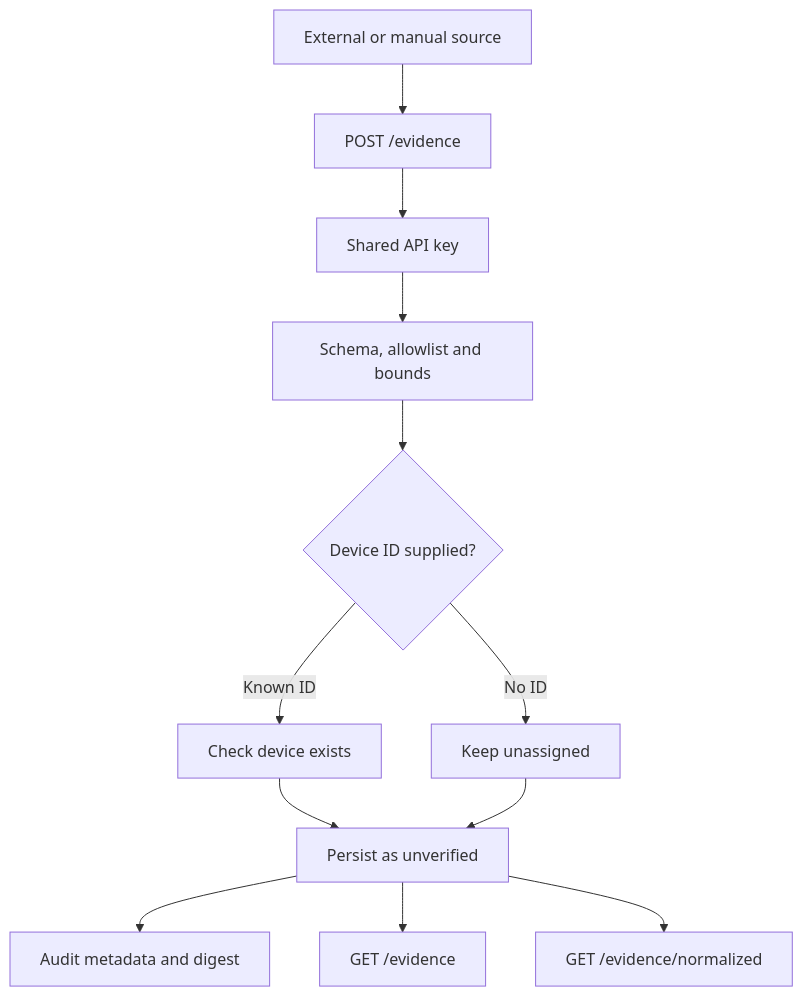
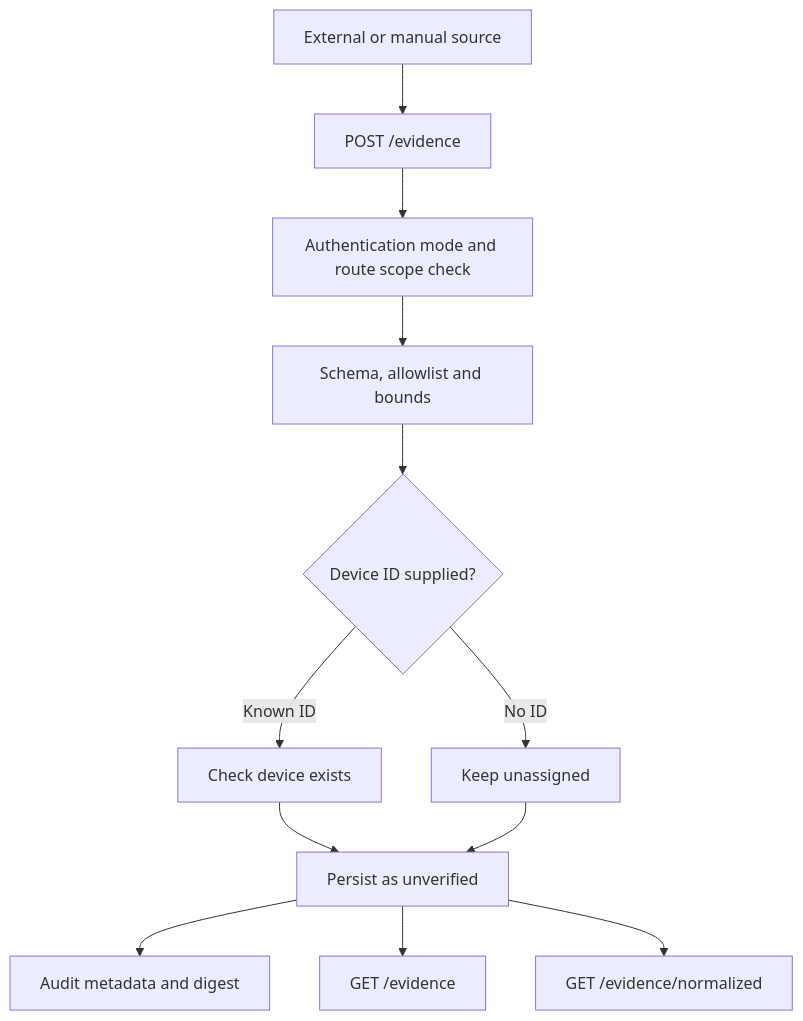
Before and after one commit to silvatechf/DeviceTrust: the second of 2 diagrams in docs/architecture.md, drawn with Mermaid. The commit also changed other lines of this file, not shown here.

Commit message:
docs: map identity service and remove shared-key-only flow

````diff
--- a/docs/architecture.md
+++ b/docs/architecture.md
@@ -47,14 +49,14 @@
 ```mermaid
 flowchart TD
     SOURCE[External or manual source] --> POST[POST /evidence]
-    POST --> AUTH[Shared API key]
+    POST --> AUTH[Authentication mode and route scope check]
     AUTH --> VALID[Schema, allowlist and bounds]
     VALID --> DEVICE{Device ID supplied?}
     DEVICE -->|Known ID| CHECK[Check device exists]
     DEVICE -->|No ID| UNASSIGNED[Keep unassigned]
     CHECK --> STORE[Persist as unverified]
     UNASSIGNED --> STORE
     STORE --> AUDIT[Audit metadata and digest]
     STORE --> READ[GET /evidence]
     STORE --> NORMAL[GET /evidence/normalized]
 ```
````
